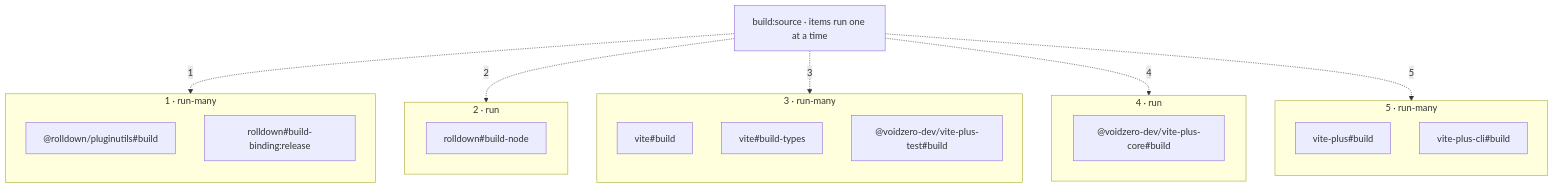
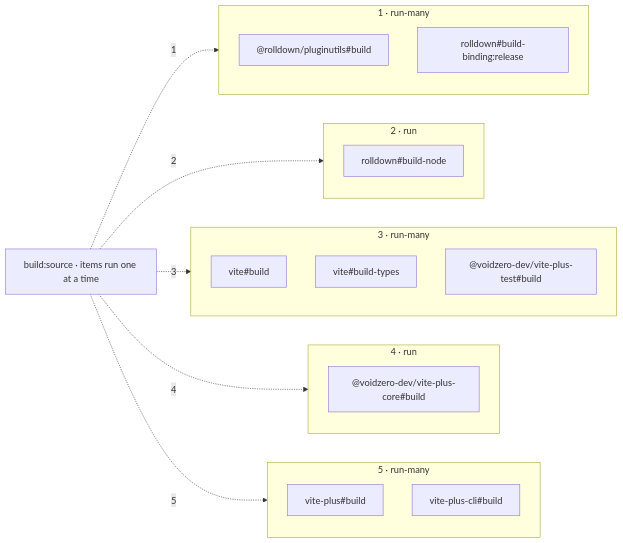
One commit to RSS1102/vite-task changed the fourth of 4 diagrams in docs/rfcs/run-many.md. Above: the diagram before and after it, drawn with Mermaid. The commit also changed other lines of this file, not shown here.

Commit message:
docs(rfc): lead with run-many, switch composition diagram to left-to-right

````diff
--- a/docs/rfcs/run-many.md
+++ b/docs/rfcs/run-many.md
@@ -116,36 +112,36 @@
 ```mermaid
-flowchart TD
+flowchart LR
   bs["build:source · items run one at a time"]
   bs -. 1 .-> S1
   bs -. 2 .-> S2
   bs -. 3 .-> S3
   bs -. 4 .-> S4
   bs -. 5 .-> S5
 
   subgraph S1["1 · run-many"]
     direction TB
     a1["@rolldown/pluginutils#build"]
     a2["rolldown#build-binding:release"]
   end
 
   subgraph S2["2 · run"]
     b1[rolldown#build-node]
   end
 
   subgraph S3["3 · run-many"]
     direction TB
     c1[vite#build]
     c2[vite#build-types]
     c3["@voidzero-dev/vite-plus-test#build"]
   end
 
   subgraph S4["4 · run"]
     d1["@voidzero-dev/vite-plus-core#build"]
   end
 
   subgraph S5["5 · run-many"]
     direction TB
     e1[vite-plus#build]
     e2[vite-plus-cli#build]
   end
 ```
````
